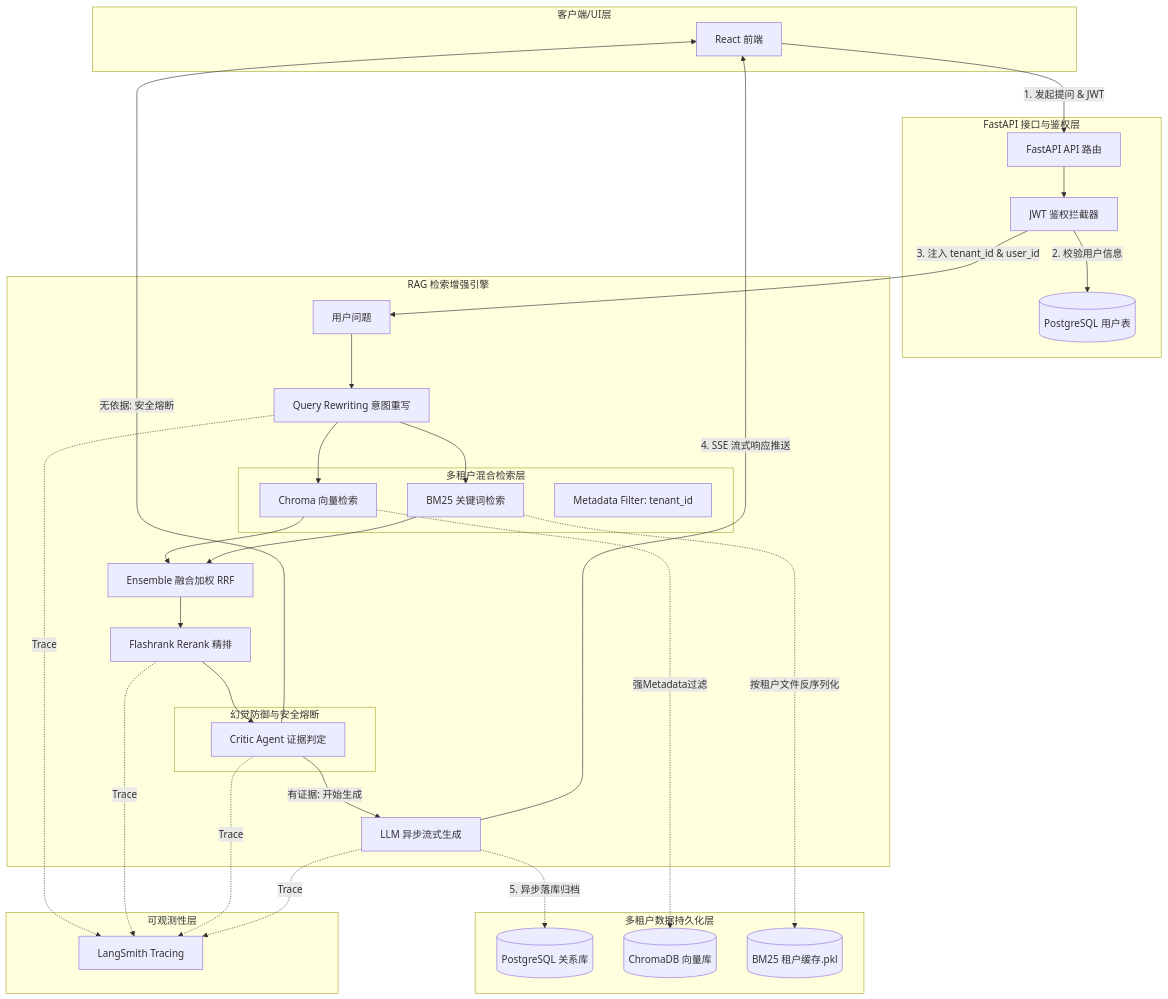
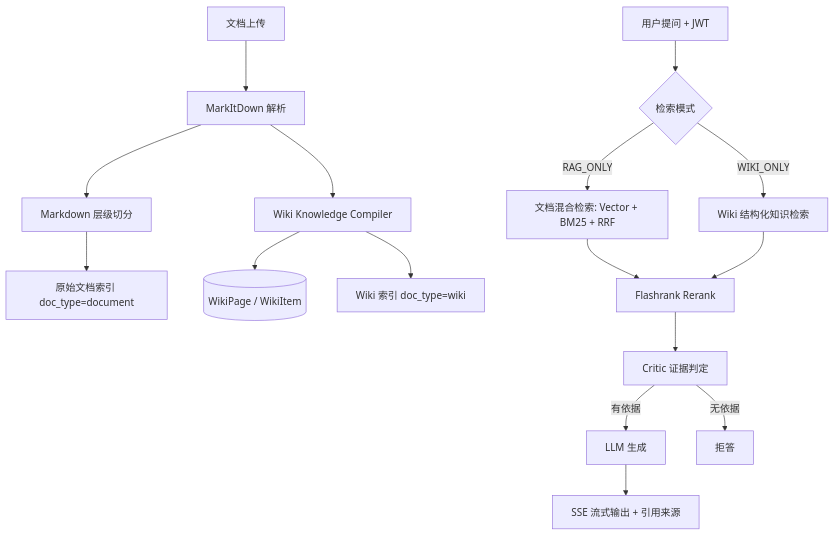
Before and after one commit to Autumn8001/Rag: the diagram in README.md, drawn with Mermaid. The commit also changed other lines of this file and 35 other files, not shown here.

Commit message:
feat: 增加 Wiki 编译器与 RAG 智能检索路由并优化 UI 视觉

````diff
--- a/README.md
+++ b/README.md
@@ -97,72 +114,19 @@
 ```mermaid
 graph TD
-    subgraph Client [客户端/UI层]
-        UI[React 前端]
-    end
+    Upload[文档上传] --> Parse[MarkItDown 解析]
+    Parse --> Split[Markdown 层级切分]
+    Split --> DocIndex[原始文档索引 doc_type=document]
+    Parse --> WikiCompiler[Wiki Knowledge Compiler]
+    WikiCompiler --> WikiDB[(WikiPage / WikiItem)]
+    WikiCompiler --> WikiIndex[Wiki 索引 doc_type=wiki]
 
-    subgraph API [FastAPI 接口与鉴权层]
-        Router[FastAPI API 路由]
-        Auth[JWT 鉴权拦截器]
-        DB_User[(PostgreSQL 用户表)]
-    end
-
-    subgraph Engine [RAG 检索增强引擎]
-        Query[用户问题]
-        Rewrite[Query Rewriting 意图重写]
-        
-        subgraph Retrieval [多租户混合检索层]
-            Chroma[Chroma 向量检索]
-            BM25[BM25 关键词检索]
-            Filter[Metadata Filter: tenant_id]
-        end
-        
-        Ensemble[Ensemble 融合加权 RRF]
-        Rerank[Flashrank Rerank 精排]
-        
-        subgraph Guard [幻觉防御与安全熔断]
-            Critic[Critic Agent 证据判定]
-        end
-        
-        Generator[LLM 异步流式生成]
-    end
-
-    subgraph Persistence [多租户数据持久化层]
-        PG[(PostgreSQL 关系库)]
-        ChromaStore[(ChromaDB 向量库)]
-        BM25Store[(BM25 租户缓存.pkl)]
-    end
-
-    subgraph Observability [可观测性层]
-        LangSmith[LangSmith Tracing]
-    end
-
-    %% 数据流指向
-    UI -->|1. 发起提问 & JWT| Router
-    Router --> Auth
-    Auth -->|2. 校验用户信息| DB_User
-    Auth -->|3. 注入 tenant_id & user_id| Query
-    
-    Query --> Rewrite
-    Rewrite --> Chroma
-    Rewrite --> BM25
-    
-    Chroma -.->|强Metadata过滤| ChromaStore
-    BM25 -.->|按租户文件反序列化| BM25Store
-    
-    Chroma --> Ensemble
-    BM25 --> Ensemble
-    Ensemble --> Rerank
-    Rerank --> Critic
-    
-    Critic -->|有证据: 开始生成| Generator
-    Critic -->|无依据: 安全熔断| UI
-    
-    Generator -->|4. SSE 流式响应推送| UI
-    Generator -.->|5. 异步落库归档| PG
-    
-    %% LangSmith 监控
-    Rewrite -.->|Trace| LangSmith
-    Rerank -.->|Trace| LangSmith
-    Critic -.->|Trace| LangSmith
-    Generator -.->|Trace| LangSmith
+    User[用户提问 + JWT] --> Mode{检索模式}
+    Mode -->|RAG_ONLY| DocRetriever[文档混合检索: Vector + BM25 + RRF]
+    Mode -->|WIKI_ONLY| WikiRetriever[Wiki 结构化知识检索]
+    DocRetriever --> Rerank[Flashrank Rerank]
+    WikiRetriever --> Rerank
+    Rerank --> Critic[Critic 证据判定]
+    Critic -->|有依据| LLM[LLM 生成]
+    Critic -->|无依据| Refusal[拒答]
+    LLM --> SSE[SSE 流式输出 + 引用来源]
 ```
````
